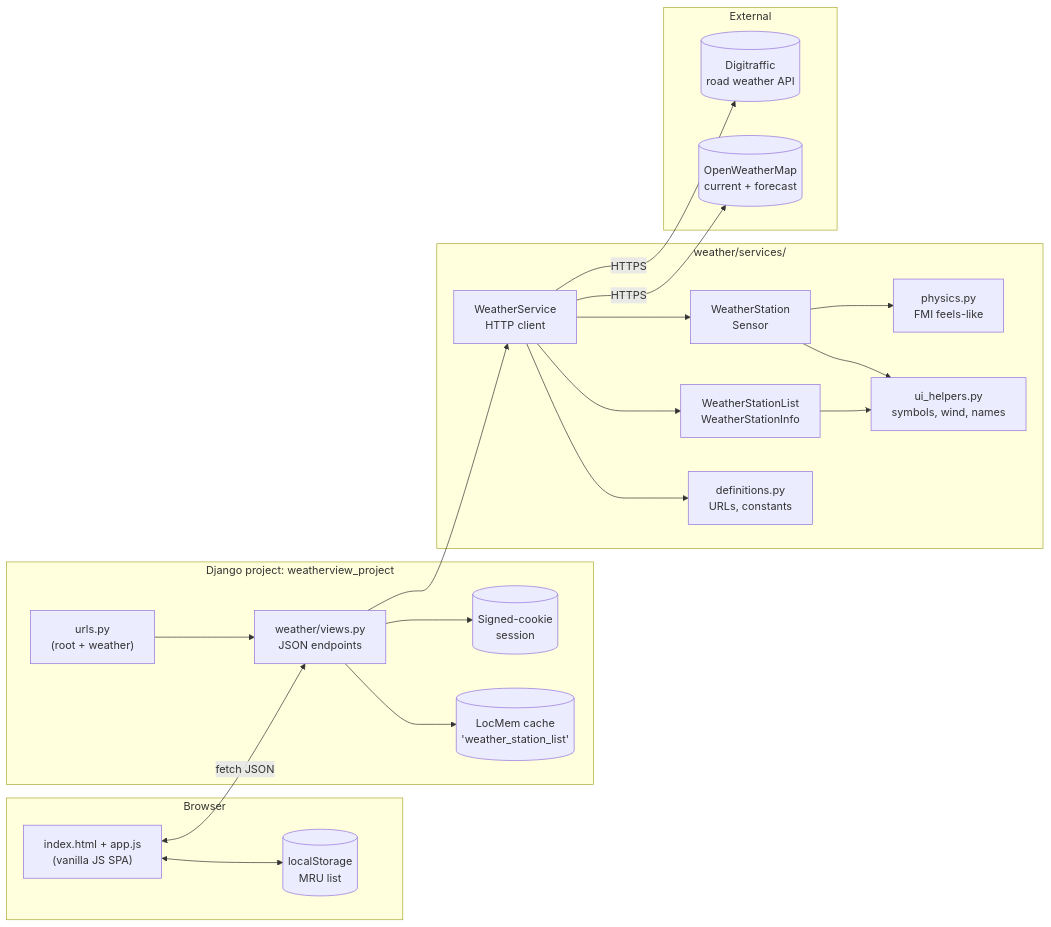
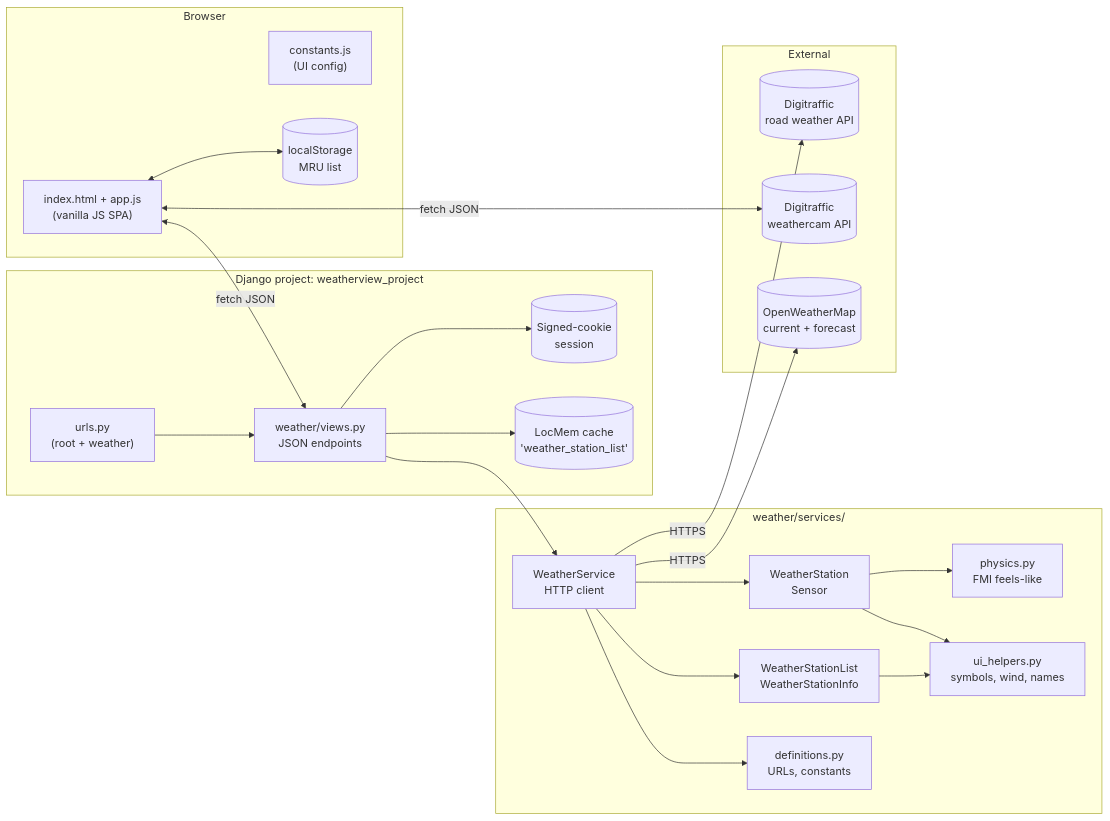
Before and after one commit to jjankkil/weatherview-django: the first of 9 diagrams in docs/ARCHITECTURE.md, drawn with Mermaid. The commit also changed other lines of this file and 2 other files, not shown here.

````diff
--- a/docs/ARCHITECTURE.md
+++ b/docs/ARCHITECTURE.md
@@ -20,43 +20,46 @@
 ```mermaid
 flowchart LR
     subgraph Browser
         UI["index.html + app.js<br/>(vanilla JS SPA)"]
+        CONST["constants.js<br/>(UI config)"]
         LS[("localStorage<br/>MRU list")]
     end
 
     subgraph Django["Django project: weatherview_project"]
         URLS["urls.py<br/>(root + weather)"]
         VIEWS["weather/views.py<br/>JSON endpoints"]
         SESSION[("Signed-cookie<br/>session")]
         CACHE[("LocMem cache<br/>'weather_station_list'")]
     end
 
     subgraph Services["weather/services/"]
         WS["WeatherService<br/>HTTP client"]
         SL["WeatherStationList<br/>WeatherStationInfo"]
         WST["WeatherStation<br/>Sensor"]
         PHY["physics.py<br/>FMI feels-like"]
         UIH["ui_helpers.py<br/>symbols, wind, names"]
         DEF["definitions.py<br/>URLs, constants"]
     end
 
     subgraph External
         DT[("Digitraffic<br/>road weather API")]
+        DTCam[("Digitraffic<br/>weathercam API")]
         OWM[("OpenWeatherMap<br/>current + forecast")]
     end
 
     UI <-->|fetch JSON| VIEWS
+    UI <-->|fetch JSON| DTCam
     UI <--> LS
     URLS --> VIEWS
     VIEWS --> SESSION
     VIEWS --> CACHE
     VIEWS --> WS
     WS --> SL
     WS --> WST
     WST --> PHY
     WST --> UIH
     SL --> UIH
     WS --> DEF
     WS -->|HTTPS| DT
     WS -->|HTTPS| OWM
 ```
````
